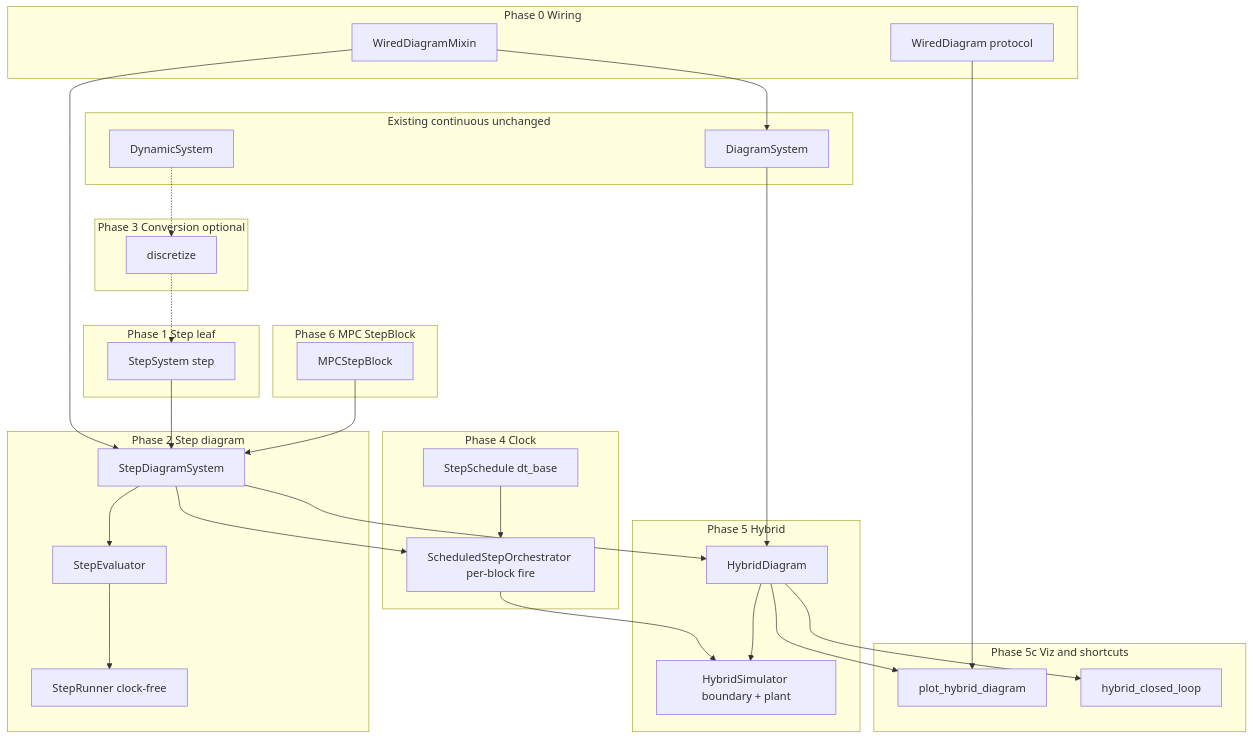
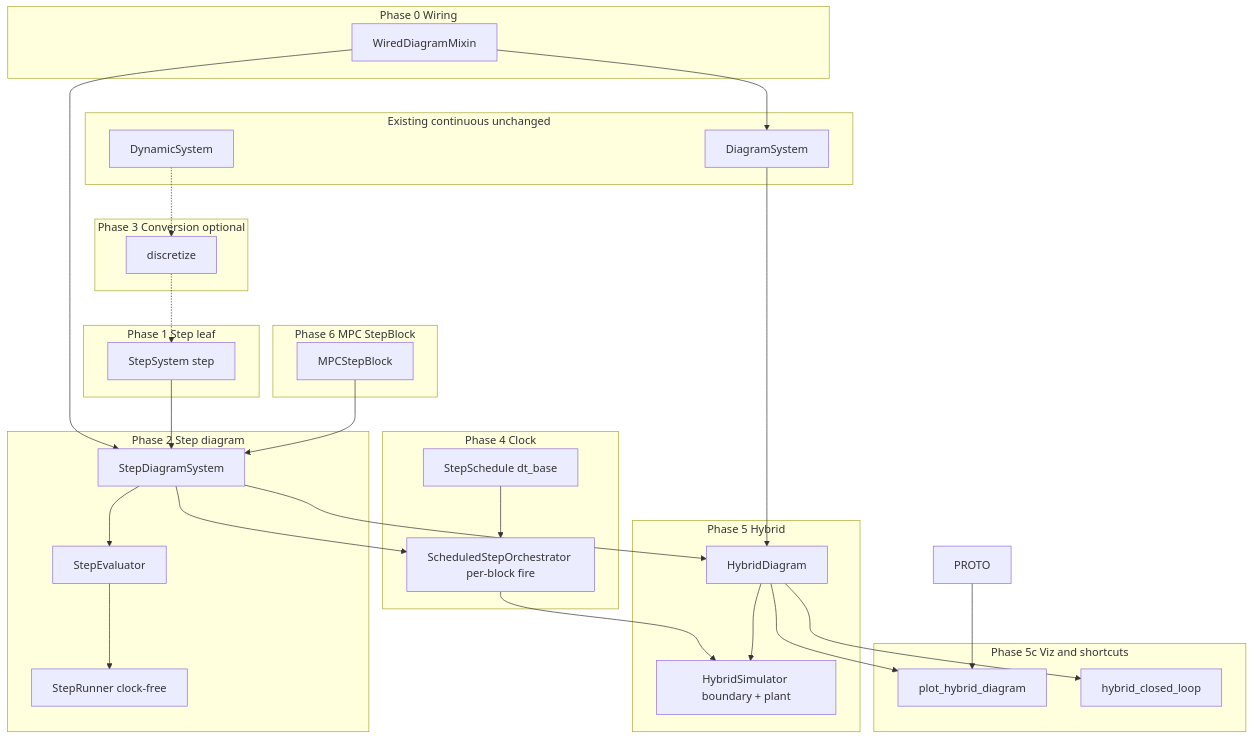
One commit to alx87grd/minilink changed the diagram in docs/plans/hybrid-discrete/00-master-plan.md. Above: the diagram before and after it, drawn with Mermaid. The commit also changed other lines of this file and 8 other files, not shown here.

First line of the commit message:
Phase 0: extract WiredDiagramMixin for shared diagram wiring.

````diff
--- a/docs/plans/hybrid-discrete/00-master-plan.md
+++ b/docs/plans/hybrid-discrete/00-master-plan.md
@@ -125,61 +125,60 @@
 ```mermaid
 flowchart TB
     subgraph P0 [Phase 0 Wiring]
         WIR[WiredDiagramMixin]
-        PROTO[WiredDiagram protocol]
     end
 
     subgraph P1 [Phase 1 Step leaf]
         SS[StepSystem step]
     end
 
     subgraph P2 [Phase 2 Step diagram]
         SDS[StepDiagramSystem]
         SE[StepEvaluator]
         SR[StepRunner clock-free]
     end
 
     subgraph P3 [Phase 3 Conversion optional]
         DISC[discretize]
     end
 
     subgraph P4 [Phase 4 Clock]
         SCH[StepSchedule dt_base]
         ORCH[ScheduledStepOrchestrator per-block fire]
     end
 
     subgraph P5 [Phase 5 Hybrid]
         HD[HybridDiagram]
         HS[HybridSimulator boundary + plant]
     end
 
     subgraph P5c [Phase 5c Viz and shortcuts]
         PLOT[plot_hybrid_diagram]
         HCL[hybrid_closed_loop]
     end
 
     subgraph P6 [Phase 6 MPC StepBlock]
         MPC[MPCStepBlock]
     end
 
     subgraph Cont [Existing continuous unchanged]
         DS[DynamicSystem]
         DF[DiagramSystem]
     end
 
     WIR --> DF
     WIR --> SDS
     PROTO --> PLOT
     SS --> SDS --> SE
     SE --> SR
     DS -.-> DISC -.-> SS
     SDS --> ORCH
     SCH --> ORCH
     ORCH --> HS
     SDS --> HD
     DF --> HD
     HD --> HS
     HD --> PLOT
     HD --> HCL
     MPC --> SDS
 ```
````
